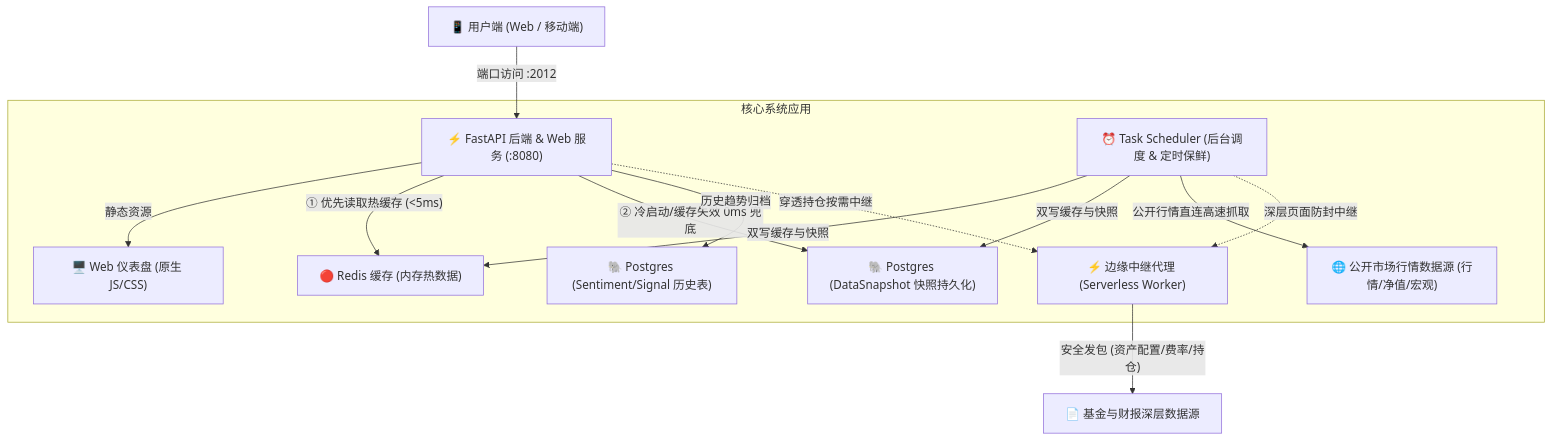
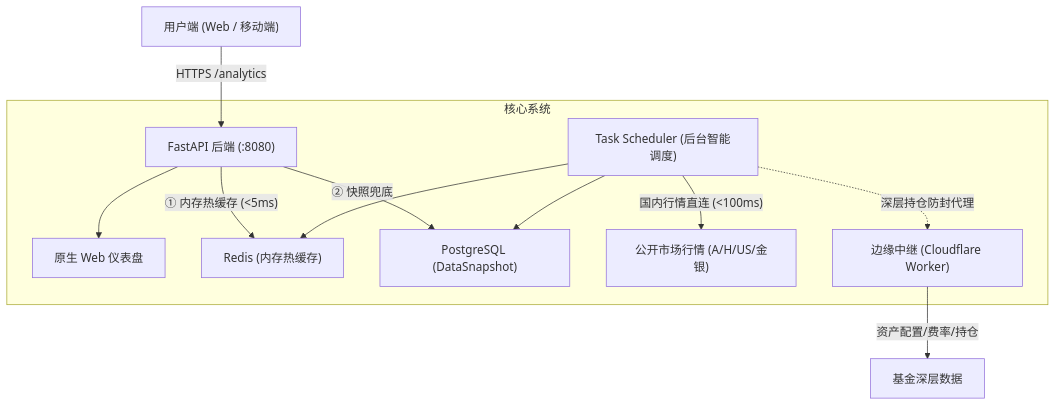
The diagram in README.md (XERA-2011/x-analytics), drawn with Mermaid before and after one commit. The commit also changed other lines of this file, not shown here.

Commit message:
docs: 精简重构 README.md，移除冗余模块说明与图标

````diff
--- a/README.md
+++ b/README.md
@@ -9,20 +9,16 @@
 ```mermaid
 graph TD
-    Client["📱 用户端 (Web / 移动端)"] -->|"端口访问 :2012"| App["⚡ FastAPI 后端 & Web 服务 (:8080)"]
+    Client["用户端 (Web / 移动端)"] -->|"HTTPS /analytics"| App["FastAPI 后端 (:8080)"]
     
-    subgraph CoreApp ["核心系统应用"]
-        App -->|静态资源| WebUI["🖥️ Web 仪表盘 (原生 JS/CSS)"]
-        App -->|"① 优先读取热缓存 (<5ms)"| Redis["🔴 Redis 缓存 (内存热数据)"]
-        App -->|"② 冷启动/缓存失效 0ms 兜底"| Postgres["🐘 Postgres (DataSnapshot 快照持久化)"]
-        App -->|历史趋势归档| PostgresHist["🐘 Postgres (Sentiment/Signal 历史表)"]
+    subgraph CoreApp ["核心系统"]
+        App --> WebUI["原生 Web 仪表盘"]
+        App -->|"① 内存热缓存 (<5ms)"| Redis["Redis (内存热缓存)"]
+        App -->|"② 快照兜底"| Postgres["PostgreSQL (DataSnapshot)"]
         
-        Scheduler["⏰ Task Scheduler (后台调度 & 定时保鲜)"] -->|双写缓存与快照| Redis
-        Scheduler -->|双写缓存与快照| Postgres
-        
-        Scheduler -->|公开行情直连高速抓取| DomesticAPIs["🌐 公开市场行情数据源 (行情/净值/宏观)"]
-        Scheduler -.->|深层页面防封中继| ProxyWorker["⚡ 边缘中继代理 (Serverless Worker)"]
-        App -.->|穿透持仓按需中继| ProxyWorker
+        Scheduler["Task Scheduler (后台智能调度)"] --> Redis & Postgres
+        Scheduler -->|"国内行情直连 (<100ms)"| PublicAPIs["公开市场行情 (A/H/US/金银)"]
+        Scheduler -.->|"深层持仓防封代理"| ProxyWorker["边缘中继 (Cloudflare Worker)"]
     end
 
-    ProxyWorker -->|"安全发包 (资产配置/费率/持仓)"| DeepFinancialAPIs["📄 基金与财报深层数据源"]
+    ProxyWorker -->|"资产配置/费率/持仓"| FundAPIs["基金深层数据"]
 ```
````
